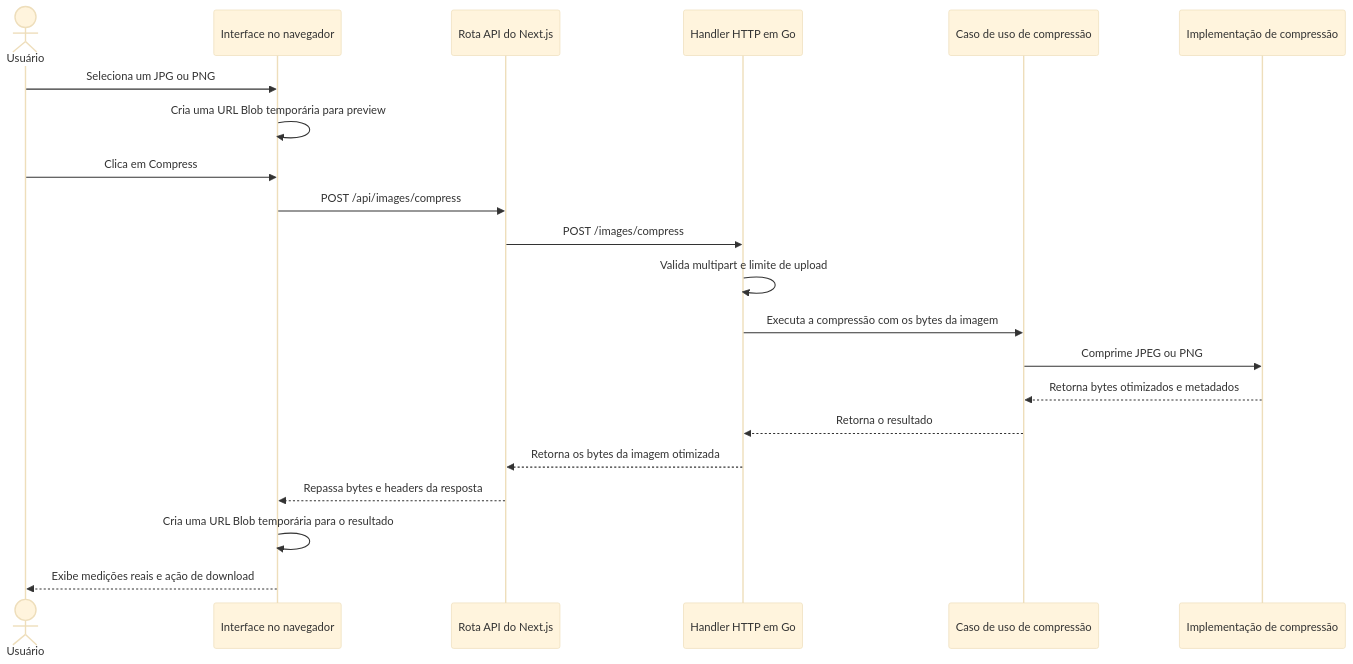
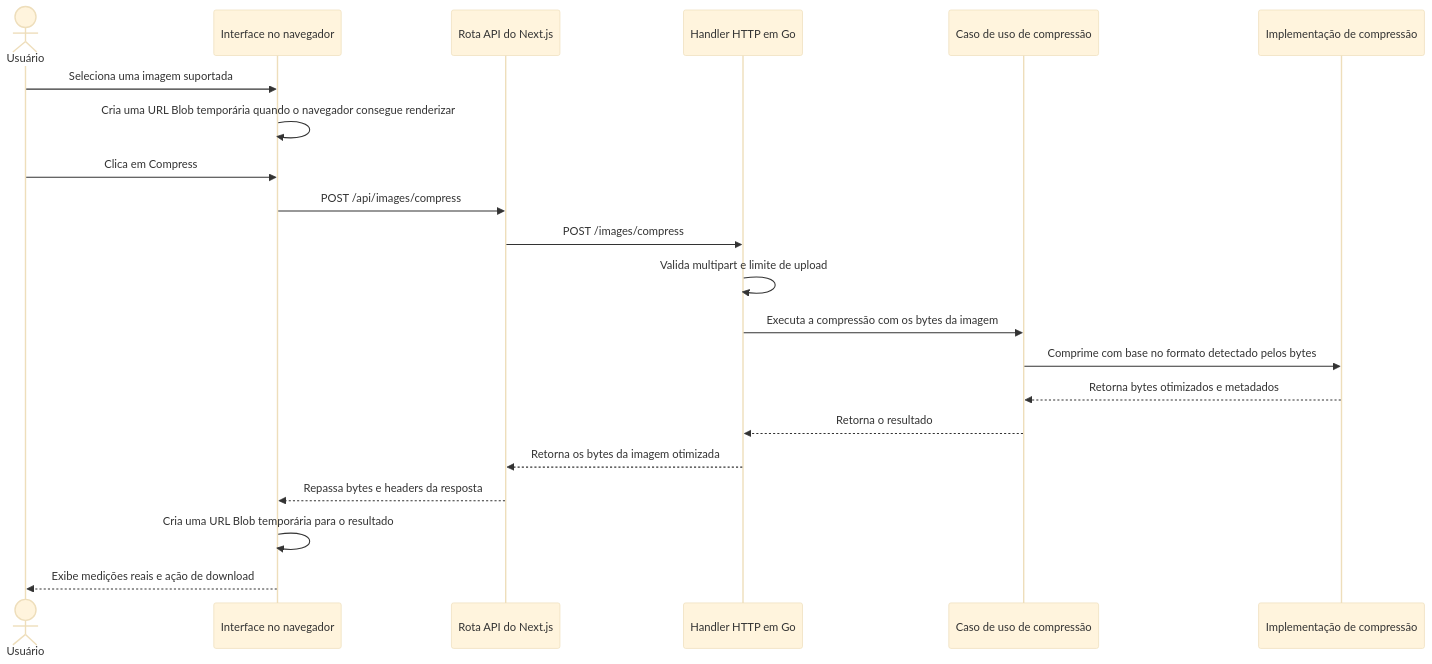
Before and after one commit to juniocr26/go-image-optimizer: the diagram in docs/pt-BR/architecture.md, drawn with Mermaid (base theme). The commit also changed other lines of this file and 24 other files, not shown here.

````diff
--- a/docs/pt-BR/architecture.md
+++ b/docs/pt-BR/architecture.md
@@ -20,24 +26,24 @@
 ```mermaid
 sequenceDiagram
     actor User as Usuário
     participant Browser as Interface no navegador
     participant NextAPI as Rota API do Next.js
     participant Handler as Handler HTTP em Go
     participant UseCase as Caso de uso de compressão
     participant Compressor as Implementação de compressão
 
-    User->>Browser: Seleciona um JPG ou PNG
-    Browser->>Browser: Cria uma URL Blob temporária para preview
+    User->>Browser: Seleciona uma imagem suportada
+    Browser->>Browser: Cria uma URL Blob temporária quando o navegador consegue renderizar
     User->>Browser: Clica em Compress
     Browser->>NextAPI: POST /api/images/compress
     NextAPI->>Handler: POST /images/compress
     Handler->>Handler: Valida multipart e limite de upload
     Handler->>UseCase: Executa a compressão com os bytes da imagem
-    UseCase->>Compressor: Comprime JPEG ou PNG
+    UseCase->>Compressor: Comprime com base no formato detectado pelos bytes
     Compressor-->>UseCase: Retorna bytes otimizados e metadados
     UseCase-->>Handler: Retorna o resultado
     Handler-->>NextAPI: Retorna os bytes da imagem otimizada
     NextAPI-->>Browser: Repassa bytes e headers da resposta
     Browser->>Browser: Cria uma URL Blob temporária para o resultado
     Browser-->>User: Exibe medições reais e ação de download
 ```
````
